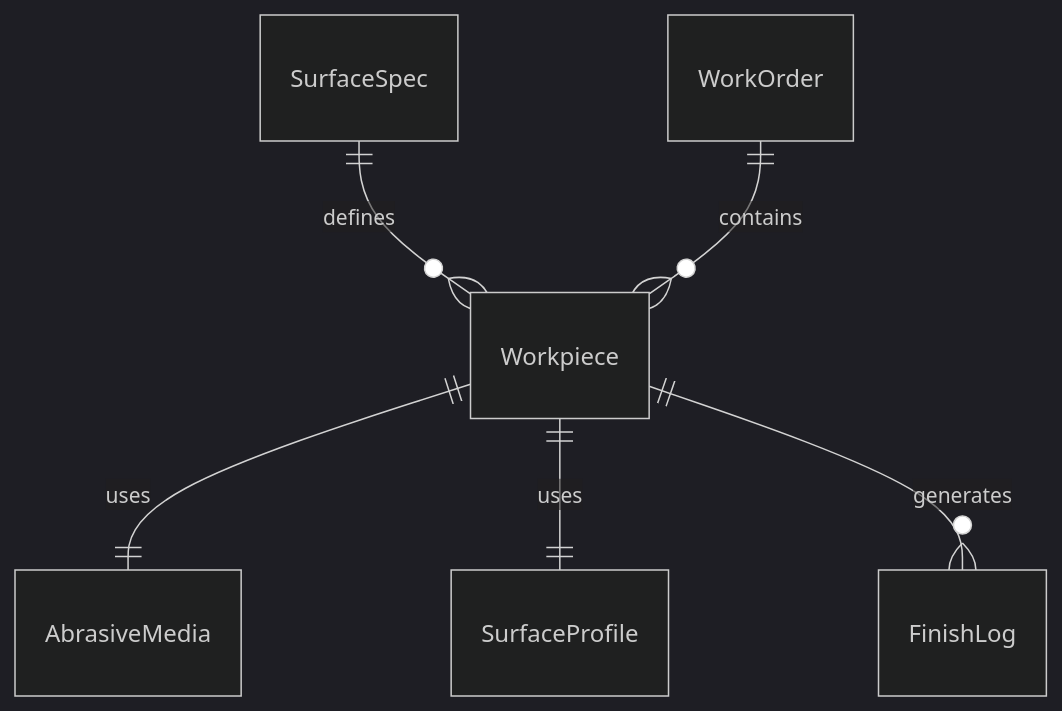
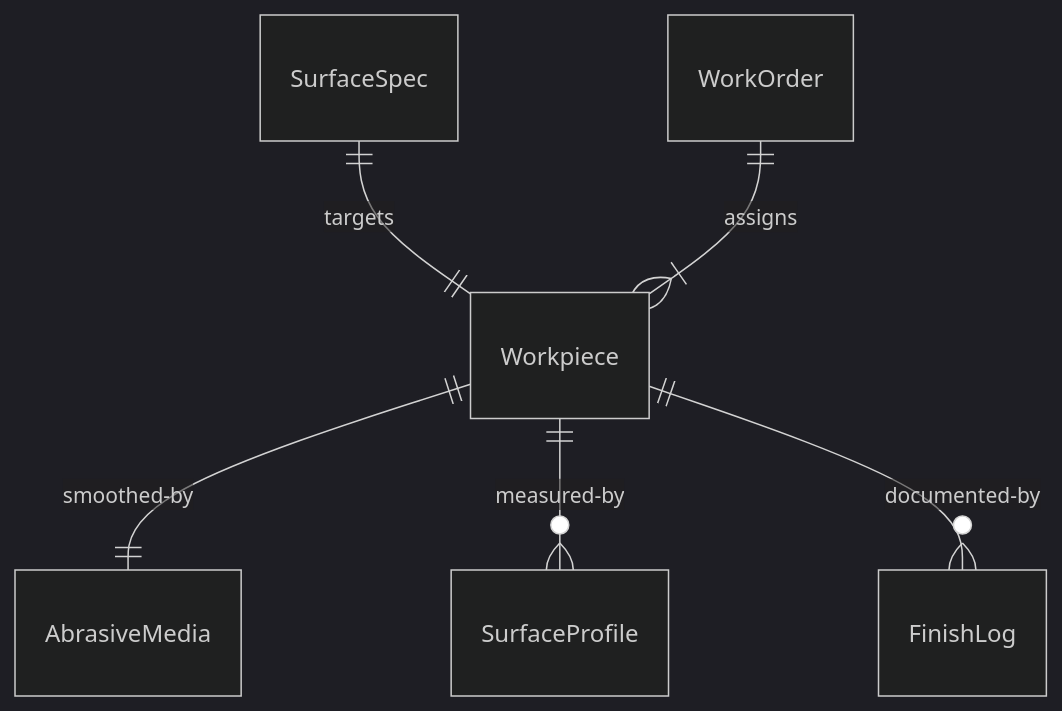
One commit to dot-org-ai/tasks.org.ai changed the first of 4 diagrams in HandlingAndMovingObjects/SmoothSurfacesOfObjectsOrEquipment/SmoothSurfacesObjectsEquipment.mdx. Above: the diagram before and after it, drawn with Mermaid (dark theme). The commit also changed other lines of this file and 515 other files, not shown here.

````diff
--- a/HandlingAndMovingObjects/SmoothSurfacesOfObjectsOrEquipment/SmoothSurfacesObjectsEquipment.mdx
+++ b/HandlingAndMovingObjects/SmoothSurfacesOfObjectsOrEquipment/SmoothSurfacesObjectsEquipment.mdx
@@ -85,8 +85,8 @@
 ```mermaid
 erDiagram
-    SurfaceSpec ||--o{ Workpiece : "defines"
-    Workpiece ||--|| AbrasiveMedia : "uses"
-    Workpiece ||--|| SurfaceProfile : "uses"
-    WorkOrder ||--o{ Workpiece : "contains"
-    Workpiece ||--o{ FinishLog : "generates"
+    SurfaceSpec ||--|| Workpiece : "targets"
+    Workpiece ||--|| AbrasiveMedia : "smoothed-by"
+    Workpiece ||--o{ SurfaceProfile : "measured-by"
+    WorkOrder ||--|{ Workpiece : "assigns"
+    Workpiece ||--o{ FinishLog : "documented-by"
 ```
````
